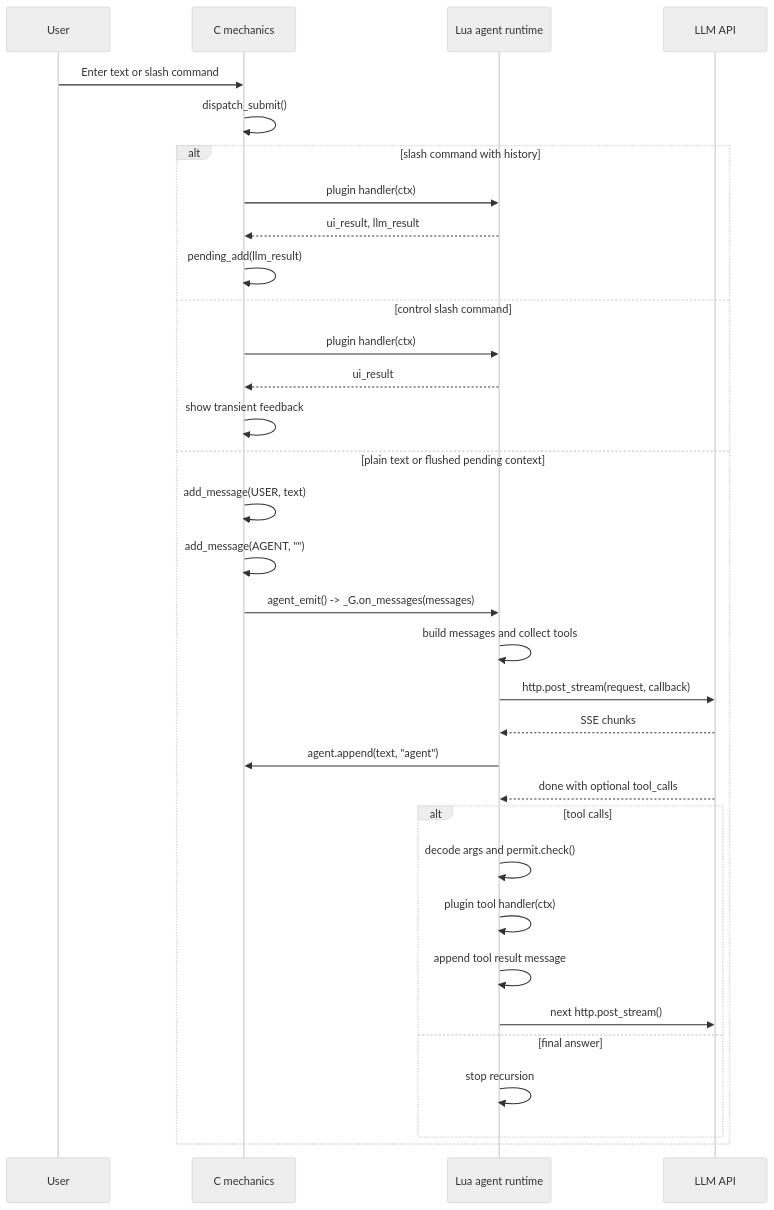
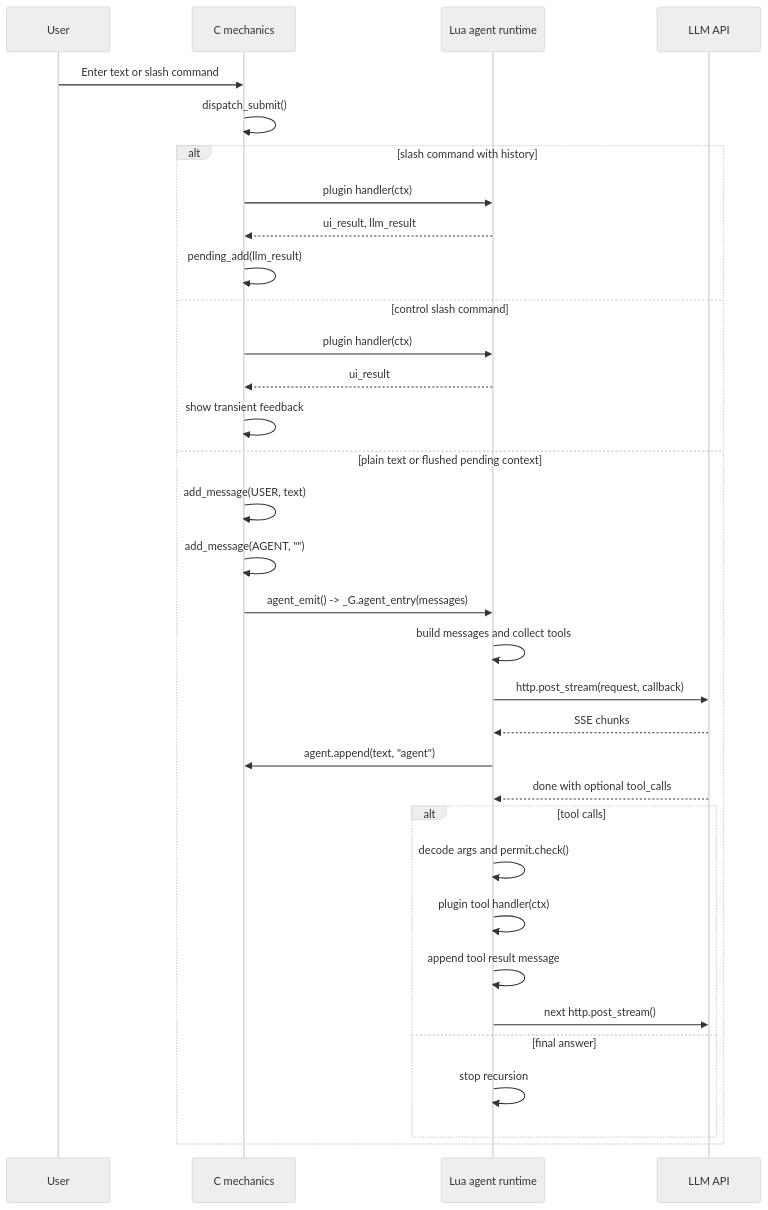
Before and after one commit to theStrangeAdventurer/capstan: the diagram in specs/agent-loop.md, drawn with Mermaid (neutral theme). The commit also changed other lines of this file and 26 other files, not shown here.

````diff
--- a/specs/agent-loop.md
+++ b/specs/agent-loop.md
@@ -51,36 +51,36 @@
 ```mermaid
 sequenceDiagram
     participant User
     participant C as C mechanics
     participant Lua as Lua agent runtime
     participant API as LLM API
 
     User->>C: Enter text or slash command
     C->>C: dispatch_submit()
     alt slash command with history
         C->>Lua: plugin handler(ctx)
         Lua-->>C: ui_result, llm_result
         C->>C: pending_add(llm_result)
     else control slash command
         C->>Lua: plugin handler(ctx)
         Lua-->>C: ui_result
         C->>C: show transient feedback
     else plain text or flushed pending context
         C->>C: add_message(USER, text)
         C->>C: add_message(AGENT, "")
-        C->>Lua: agent_emit() -> _G.on_messages(messages)
+        C->>Lua: agent_emit() -> _G.agent_entry(messages)
         Lua->>Lua: build messages and collect tools
         Lua->>API: http.post_stream(request, callback)
         API-->>Lua: SSE chunks
         Lua->>C: agent.append(text, "agent")
         API-->>Lua: done with optional tool_calls
         alt tool calls
             Lua->>Lua: decode args and permit.check()
             Lua->>Lua: plugin tool handler(ctx)
             Lua->>Lua: append tool result message
             Lua->>API: next http.post_stream()
         else final answer
             Lua->>Lua: stop recursion
         end
     end
 ```
````
